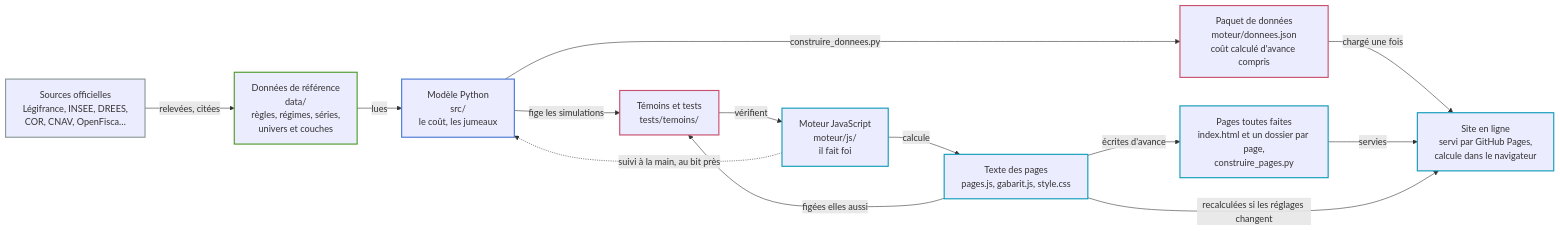
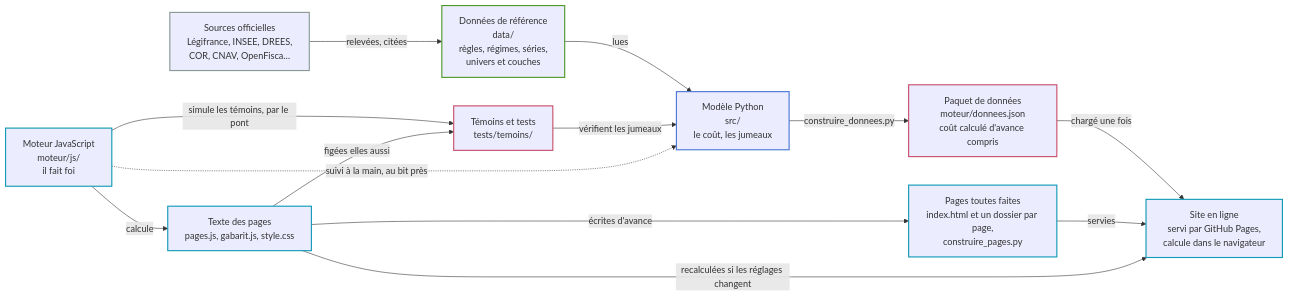
Before and after one commit to g-pliberal/retraitecomptenotionelle: the first of 4 diagrams in docs/carte_du_depot.md, drawn with Mermaid. The commit also changed other lines of this file and 10 other files, not shown here.

First line of the commit message:
Action 161 : les témoins simulés par le portage, le moteur Python confronté (B)

````diff
--- a/docs/carte_du_depot.md
+++ b/docs/carte_du_depot.md
@@ -33,36 +33,36 @@
 ```mermaid
 flowchart LR
   sources["Sources officielles<br/>Légifrance, INSEE, DREES,<br/>COR, CNAV, OpenFisca…"]
   donnees["Données de référence<br/>data/<br/>règles, régimes, séries,<br/>univers et couches"]
   python["Modèle Python<br/>src/<br/>le coût, les jumeaux"]
   paquet["Paquet de données<br/>moteur/donnees.json<br/>coût calculé d'avance compris"]
   temoins["Témoins et tests<br/>tests/temoins/"]
   jumeau["Moteur JavaScript<br/>moteur/js/<br/>il fait foi"]
   pages["Texte des pages<br/>pages.js, gabarit.js, style.css"]
   toutes["Pages toutes faites<br/>index.html et un dossier par page,<br/>construire_pages.py"]
   site["Site en ligne<br/>servi par GitHub Pages,<br/>calcule dans le navigateur"]
 
   sources -->|"relevées, citées"| donnees
   donnees -->|"lues"| python
   python -->|"construire_donnees.py"| paquet
   paquet -->|"chargé une fois"| site
-  python -->|"fige les simulations"| temoins
+  jumeau -->|"simule les témoins, par le pont"| temoins
   pages -->|"figées elles aussi"| temoins
-  temoins -->|"vérifient"| jumeau
+  temoins -->|"vérifient les jumeaux"| python
   jumeau -.->|"suivi à la main, au bit près"| python
   jumeau -->|"calcule"| pages
   pages -->|"écrites d'avance"| toutes
   toutes -->|"servies"| site
   pages -->|"recalculées si les réglages changent"| site
 
   classDef z_dehors stroke:#8a9a97,stroke-width:2px
   classDef z_donnees stroke:#4f9a2b,stroke-width:2px
   classDef z_modele stroke:#4a78d6,stroke-width:2px
   classDef z_site stroke:#129bb8,stroke-width:2px
   classDef z_atelier stroke:#c9506d,stroke-width:2px
   class sources z_dehors
   class donnees z_donnees
   class python z_modele
   class paquet,temoins z_atelier
   class jumeau,pages,toutes,site z_site
 ```
````
